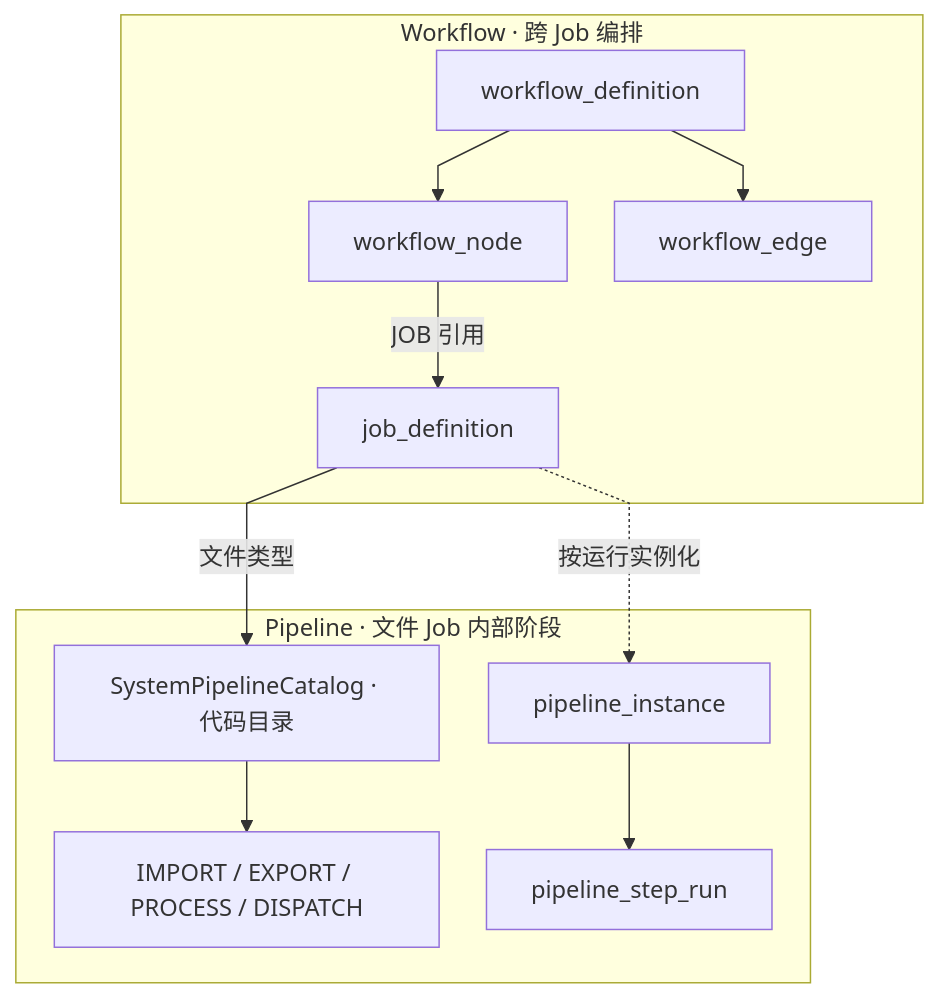
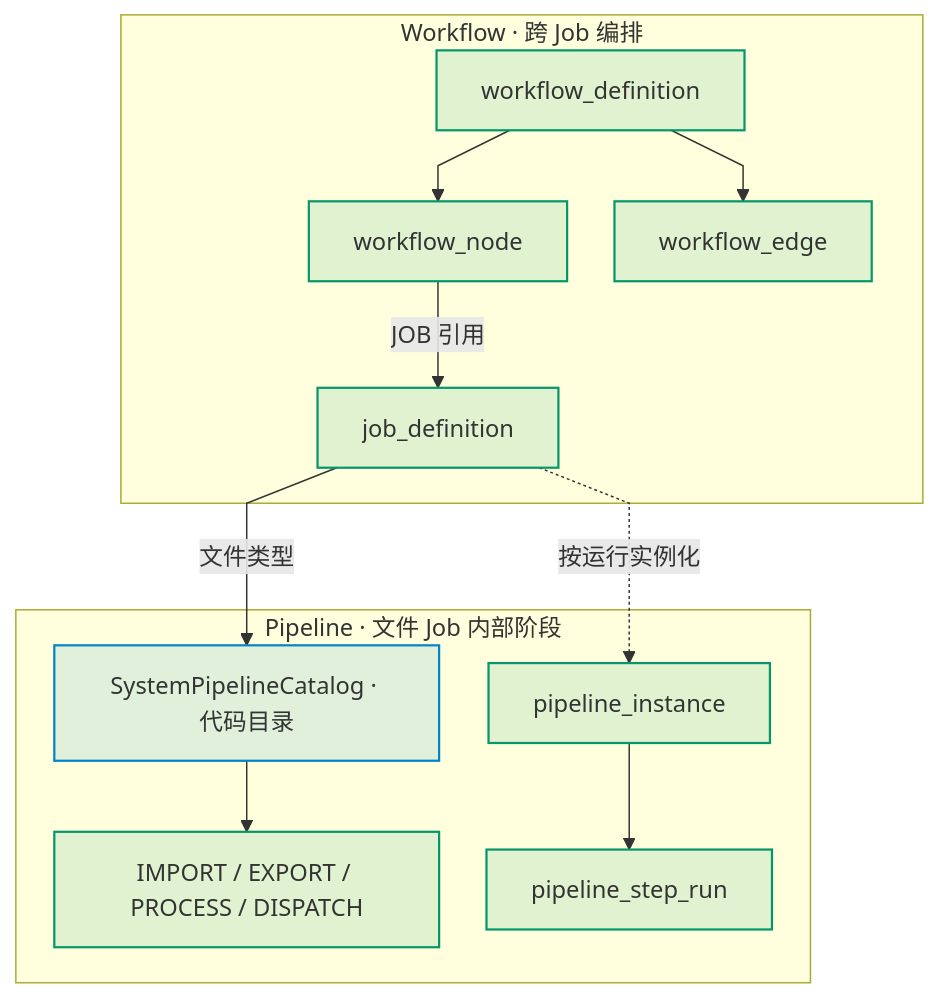
One commit to pinpols/file-batch-system changed the diagram in docs/architecture/pipeline-vs-workflow-boundary.md. Above: the diagram before and after it, drawn with Mermaid. The commit also changed 34 other files, not shown here.

First line of the commit message:
docs(diagram): 完成 P3 Mermaid 图样式收口并补充制图规范 (#1390)

````diff
--- a/docs/architecture/pipeline-vs-workflow-boundary.md
+++ b/docs/architecture/pipeline-vs-workflow-boundary.md
@@ -11,15 +11,18 @@
 ```mermaid
 %%{init: {"flowchart":{"curve":"linear","nodeSpacing":32,"rankSpacing":48},"sequence":{"mirrorActors":false}}}%%
 flowchart TB
   subgraph WF["Workflow · 跨 Job 编排"]
-    D["workflow_definition"] --> N["workflow_node"]
-    D --> E["workflow_edge"]
-    N -->|"JOB 引用"| J["job_definition"]
+    D["workflow_definition"]:::worker --> N["workflow_node"]:::worker
+    D --> E["workflow_edge"]:::worker
+    N -->|"JOB 引用"| J["job_definition"]:::worker
   end
   subgraph FILE["Pipeline · 文件 Job 内部阶段"]
-    CAT["SystemPipelineCatalog · 代码目录"] --> S["IMPORT / EXPORT / PROCESS / DISPATCH"]
-    PI["pipeline_instance"] --> PS["pipeline_step_run"]
+    CAT["SystemPipelineCatalog · 代码目录"]:::control --> S["IMPORT / EXPORT / PROCESS / DISPATCH"]:::worker
+    PI["pipeline_instance"]:::worker --> PS["pipeline_step_run"]:::worker
   end
   J -->|"文件类型"| CAT
   J -. "按运行实例化" .-> PI
+
+  classDef control fill:#0284c71f,stroke:#0284c7,stroke-width:1.5px
+  classDef worker fill:#0596691f,stroke:#059669,stroke-width:1.5px
 ```
````
